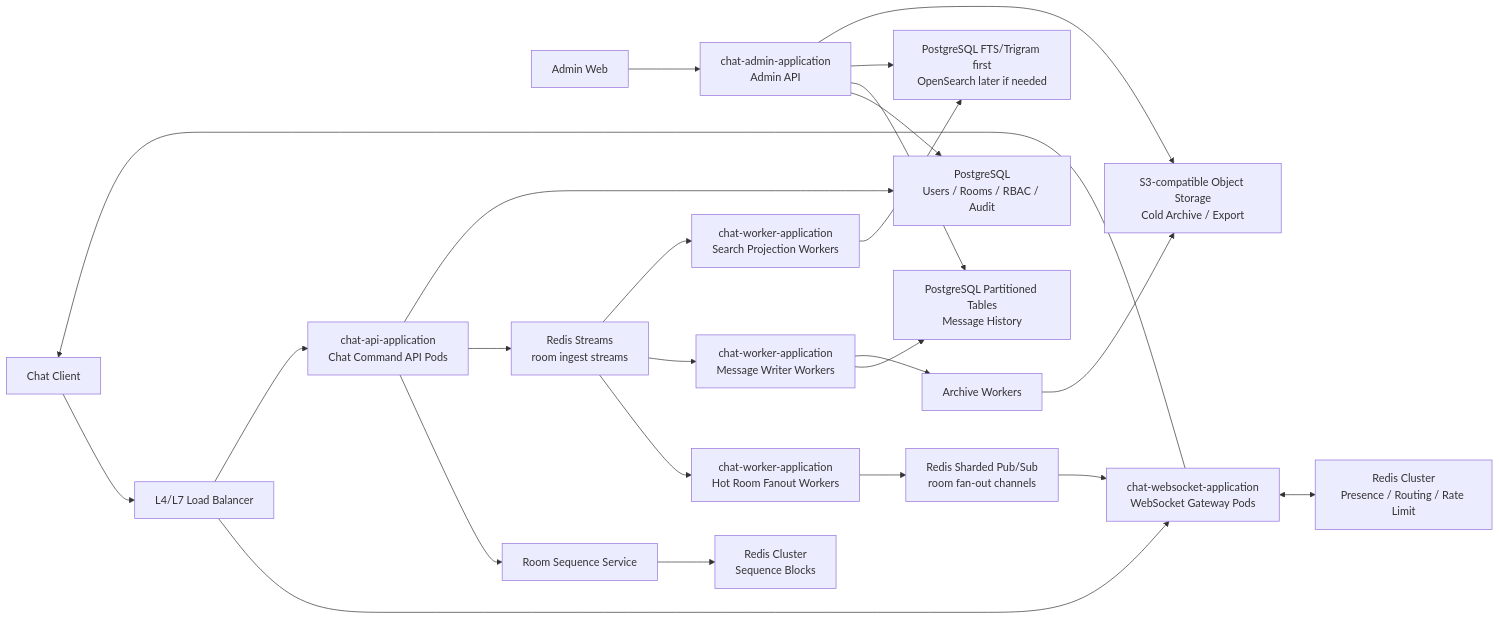
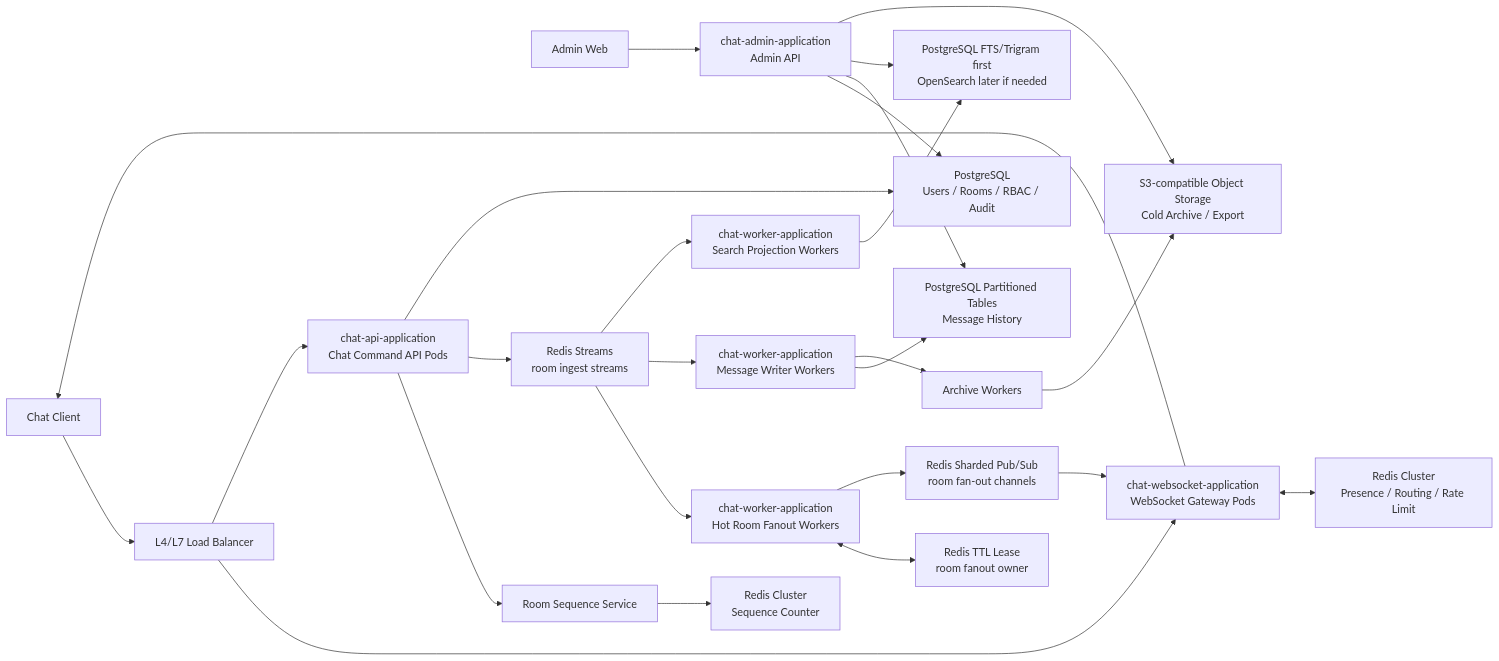
Before and after one commit to ydj515/chatting-service: the diagram in docs/superpowers/specs/2026-06-11-high-traffic-chat-service-design.md, drawn with Mermaid. The commit also changed other lines of this file and 7 other files, not shown here.

Commit message:
docs: define Redis TTL fanout owner for phase 6

````diff
--- a/docs/superpowers/specs/2026-06-11-high-traffic-chat-service-design.md
+++ b/docs/superpowers/specs/2026-06-11-high-traffic-chat-service-design.md
@@ -138,34 +139,35 @@
 ```mermaid
 flowchart LR
     Client["Chat Client"] --> LB["L4/L7 Load Balancer"]
     Admin["Admin Web"] --> AdminAPI["chat-admin-application\nAdmin API"]
 
     LB --> WSGW1["chat-websocket-application\nWebSocket Gateway Pods"]
     LB --> API["chat-api-application\nChat Command API Pods"]
 
     WSGW1 <--> RedisPresence["Redis Cluster\nPresence / Routing / Rate Limit"]
     API --> Sequencer["Room Sequence Service"]
-    Sequencer --> RedisSeq["Redis Cluster\nSequence Blocks"]
+    Sequencer --> RedisSeq["Redis Cluster\nSequence Counter"]
 
     API --> Ingest["Redis Streams\nroom ingest streams"]
     Ingest --> HotFanout["chat-worker-application\nHot Room Fanout Workers"]
+    HotFanout <--> FanoutOwner["Redis TTL Lease\nroom fanout owner"]
     HotFanout --> Fanout["Redis Sharded Pub/Sub\nroom fan-out channels"]
 
     Fanout --> WSGW1
     WSGW1 --> Client
 
     Ingest --> Writer["chat-worker-application\nMessage Writer Workers"]
     Writer --> MessageStore["PostgreSQL Partitioned Tables\nMessage History"]
 
     Ingest --> SearchWorker["chat-worker-application\nSearch Projection Workers"]
     SearchWorker --> Search["PostgreSQL FTS/Trigram first\nOpenSearch later if needed"]
 
     Writer --> ArchiveWorker["Archive Workers"]
     ArchiveWorker --> ObjectStorage["S3-compatible Object Storage\nCold Archive / Export"]
 
     AdminAPI --> Postgres["PostgreSQL\nUsers / Rooms / RBAC / Audit"]
     AdminAPI --> MessageStore
     AdminAPI --> Search
     AdminAPI --> ObjectStorage
     API --> Postgres
 ```
````
